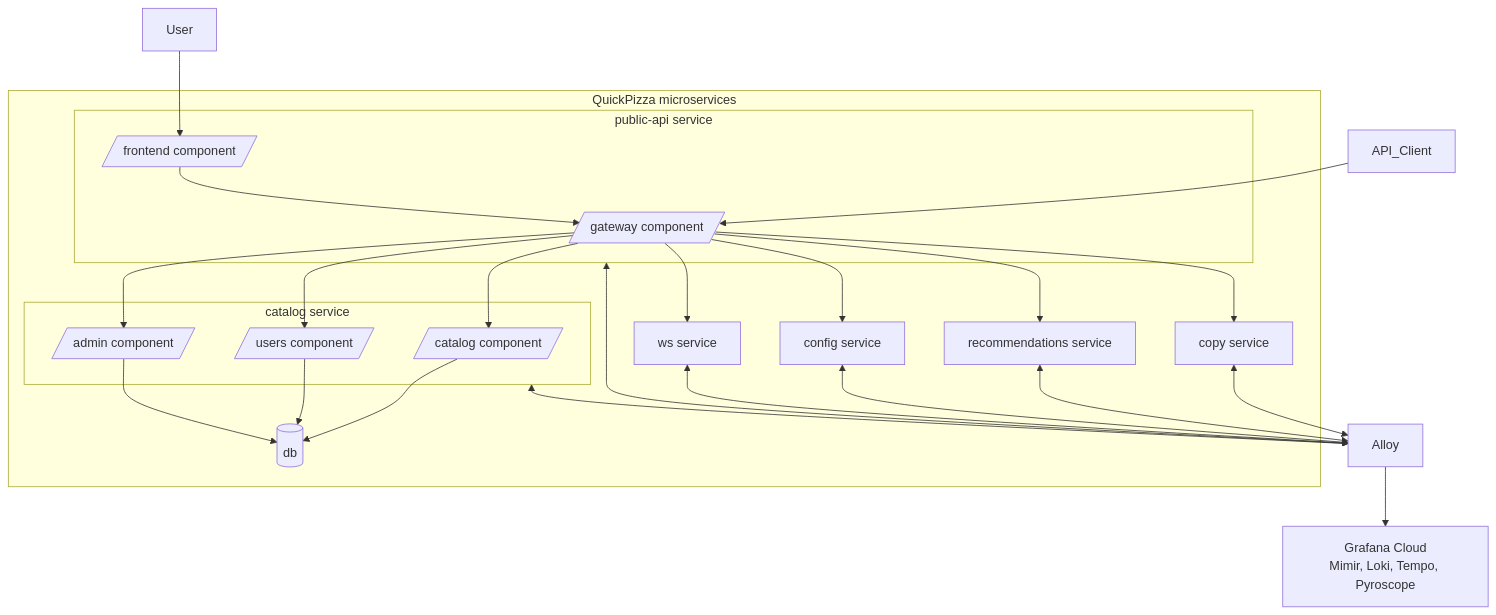
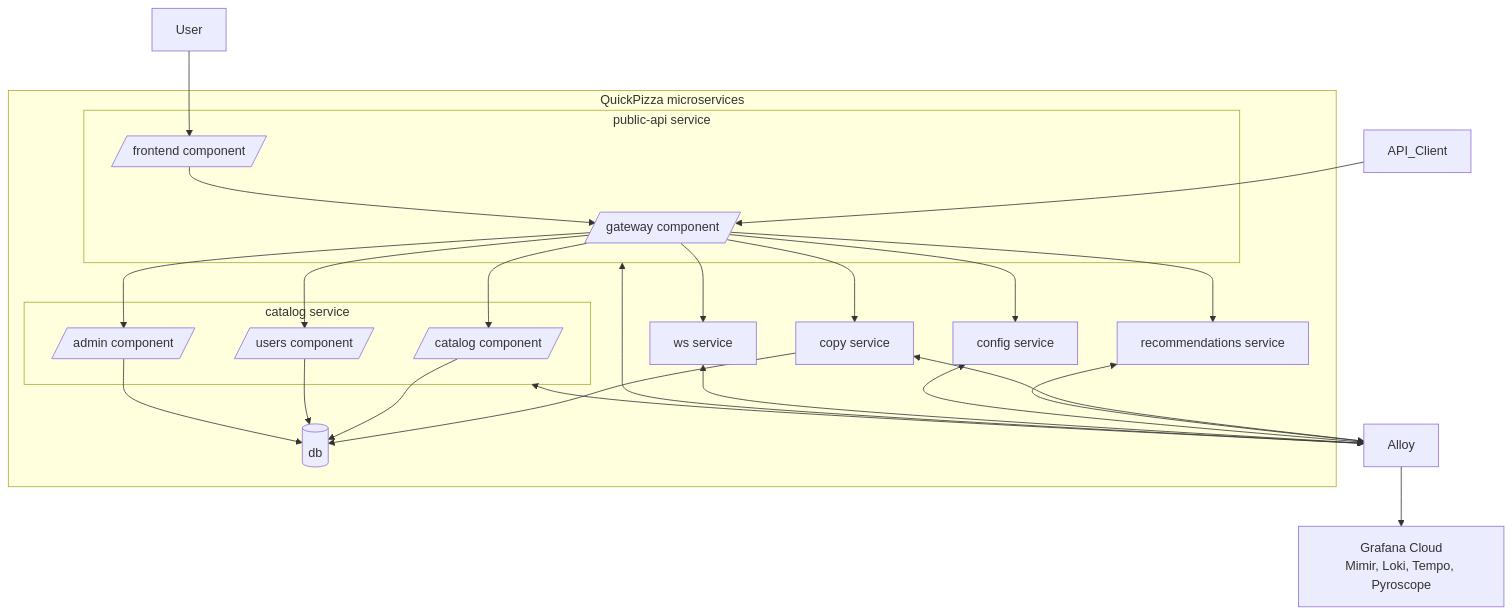
One commit to grafana/quickpizza changed the diagram in README.md. Above: the diagram before and after it, drawn with Mermaid.

Commit message:
Update README microservice diagram

````diff
--- a/README.md
+++ b/README.md
@@ -199,50 +199,51 @@
 ```mermaid
 graph TB
   subgraph "QuickPizza microservices"
     
    subgraph public-api-svc [public-api service]
       API[/gateway component/]
       FR[/frontend component/]
     end
 
     copy-svc[copy service]
     rec-svc[recommendations service]
     cfg-svc[config service]
     ws-svc[ws service]
 
     subgraph catalog-svc [catalog service]
       CA[/catalog component/]
       US[/users component/]
       AD[/admin component/]
     end
     
     DB[(db)]
   end
   GA[Alloy]
   GC[Grafana Cloud<br/>Mimir, Loki, Tempo, Pyroscope]
   
   
   User --> FR
   API_Client --> API
   FR --> API
   API --> copy-svc
   API --> rec-svc
   API --> cfg-svc
   API --> ws-svc
   API --> CA
   API --> US
   API --> AD
 
+  copy-svc --> DB
   CA --> DB
   US --> DB
   AD --> DB
 
   
   public-api-svc <--> GA
   catalog-svc <--> GA
   copy-svc <--> GA
   rec-svc <--> GA
   cfg-svc <--> GA
   ws-svc <--> GA
   GA --> GC
 ```
````
